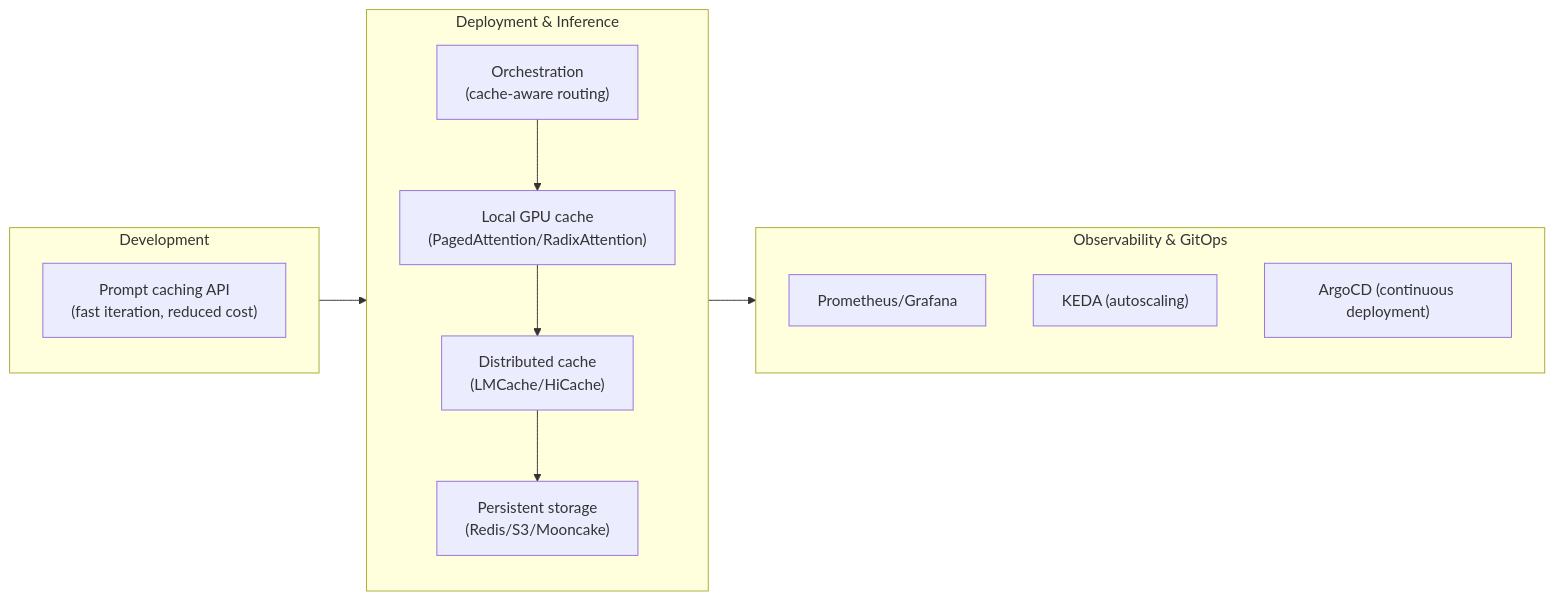
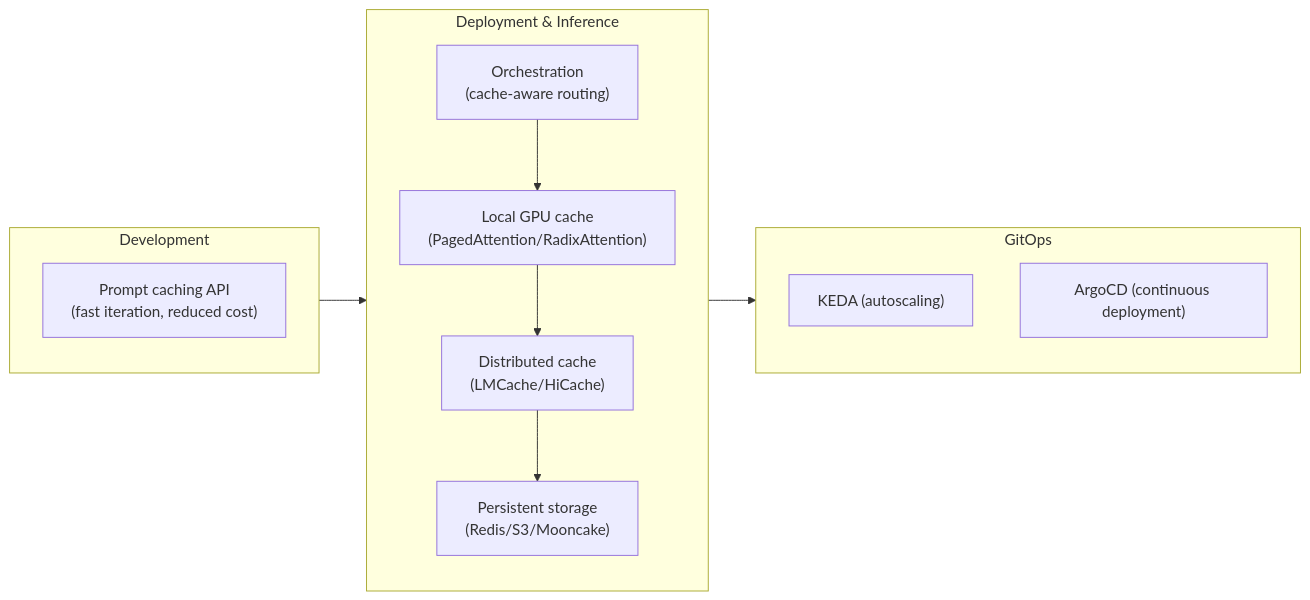
The seventh of 8 diagrams in docs/explain/kv-cache.md (ADORSYS-GIS/Custom-Ai-Ops), drawn with Mermaid before and after one commit. The commit also changed other lines of this file and 111 other files, not shown here.

````diff
--- a/docs/explain/kv-cache.md
+++ b/docs/explain/kv-cache.md
@@ -424,19 +424,18 @@
 ```mermaid
 flowchart LR
     subgraph DEV["Development"]
         D1["Prompt caching API\n(fast iteration, reduced cost)"]
     end
     subgraph DEPLOY["Deployment & Inference"]
         D2["Orchestration\n(cache-aware routing)"]
         D3["Local GPU cache\n(PagedAttention/RadixAttention)"]
         D4["Distributed cache\n(LMCache/HiCache)"]
         D5["Persistent storage\n(Redis/S3/Mooncake)"]
     end
-    subgraph OPS["Observability & GitOps"]
-        D6["Prometheus/Grafana"]
+    subgraph OPS["GitOps"]
         D7["KEDA (autoscaling)"]
         D8["ArgoCD (continuous deployment)"]
     end
     DEV --> DEPLOY --> OPS
     D2-->D3-->D4-->D5
 ```
````
